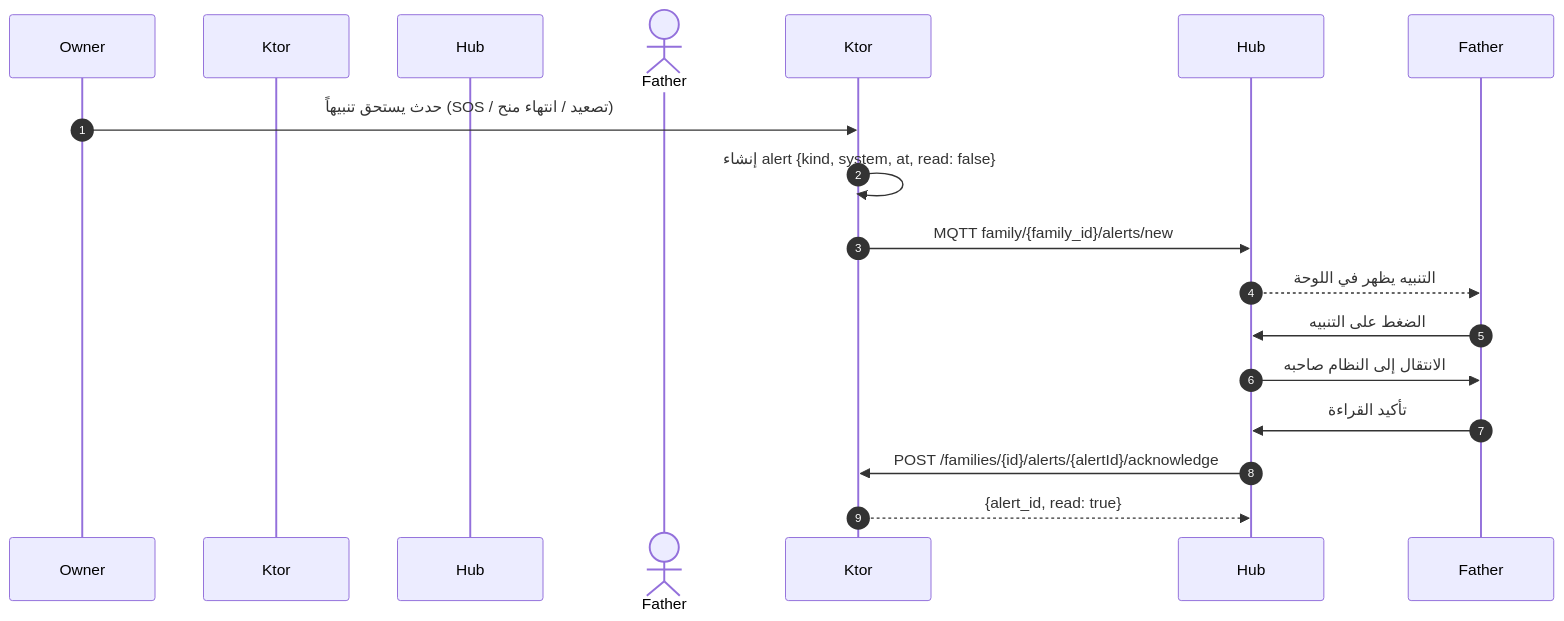
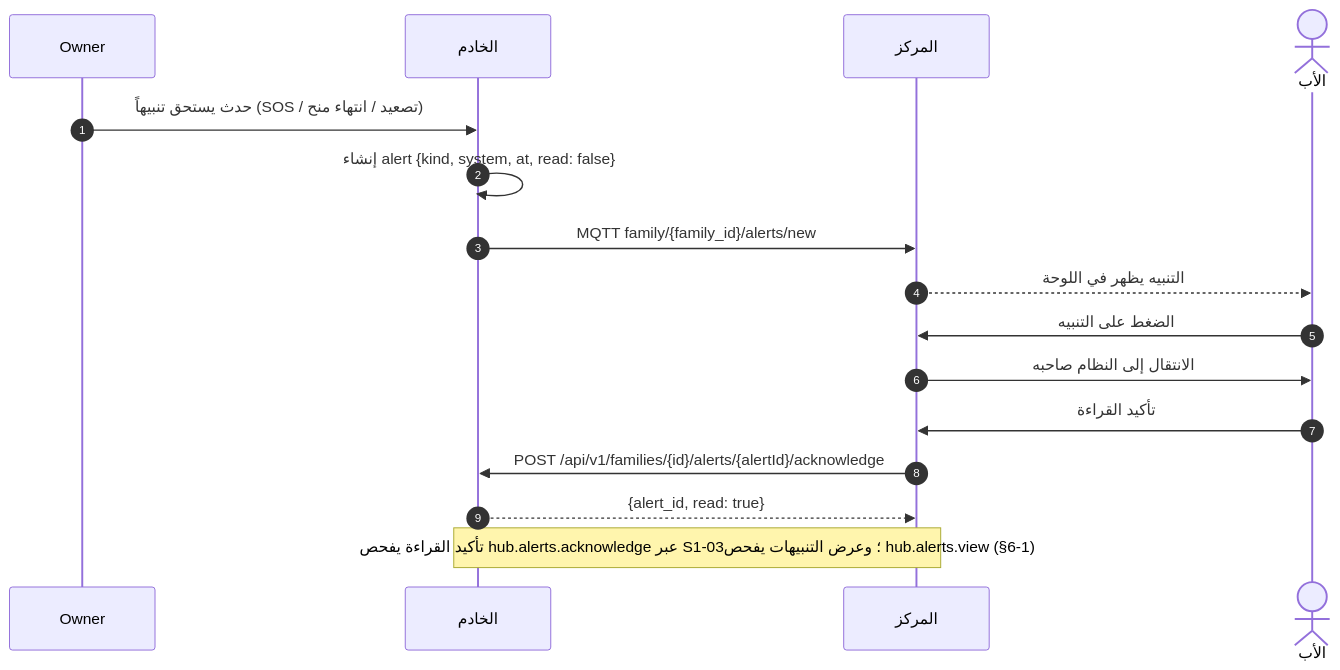
Before and after one commit to Bassam-mohammed-alqaeadi/family-os-v2: the fifth of 12 diagrams in docs/family-os/governance/phases/phase-1/S1-09-command-center-and-settings/DIAGRAMS.md, drawn with Mermaid. The commit also changed other lines of this file and 10 other files, not shown here.

Commit message:
إغلاق المراجعة الشاملة R1–R5 (Q-196…Q-231) — المخططات DIAGRAMS + خريطة السياق (2/4)

````diff
--- a/docs/family-os/governance/phases/phase-1/S1-09-command-center-and-settings/DIAGRAMS.md
+++ b/docs/family-os/governance/phases/phase-1/S1-09-command-center-and-settings/DIAGRAMS.md
@@ -224,17 +236,18 @@
 ```mermaid
 sequenceDiagram
     autonumber
     participant النظام as Owner
-    participant الخادم as Ktor
-    participant المركز as Hub
-    actor الأب as Father
+    participant Ktor as الخادم
+    participant Hub as المركز
+    actor Father as الأب
     النظام->>Ktor: حدث يستحق تنبيهاً (SOS / تصعيد / انتهاء منح)
     Ktor->>Ktor: إنشاء alert {kind, system, at, read: false}
     Ktor->>Hub: MQTT family/{family_id}/alerts/new
     Hub-->>Father: التنبيه يظهر في اللوحة
     Father->>Hub: الضغط على التنبيه
     Hub->>Father: الانتقال إلى النظام صاحبه
     Father->>Hub: تأكيد القراءة
-    Hub->>Ktor: POST /families/{id}/alerts/{alertId}/acknowledge
+    Hub->>Ktor: POST /api/v1/families/{id}/alerts/{alertId}/acknowledge
     Ktor-->>Hub: {alert_id, read: true}
+    Note over Hub,Ktor: تأكيد القراءة يفحص hub.alerts.acknowledge عبر S1-03؛ وعرض التنبيهات يفحص hub.alerts.view (§6-1)
 ```
````
